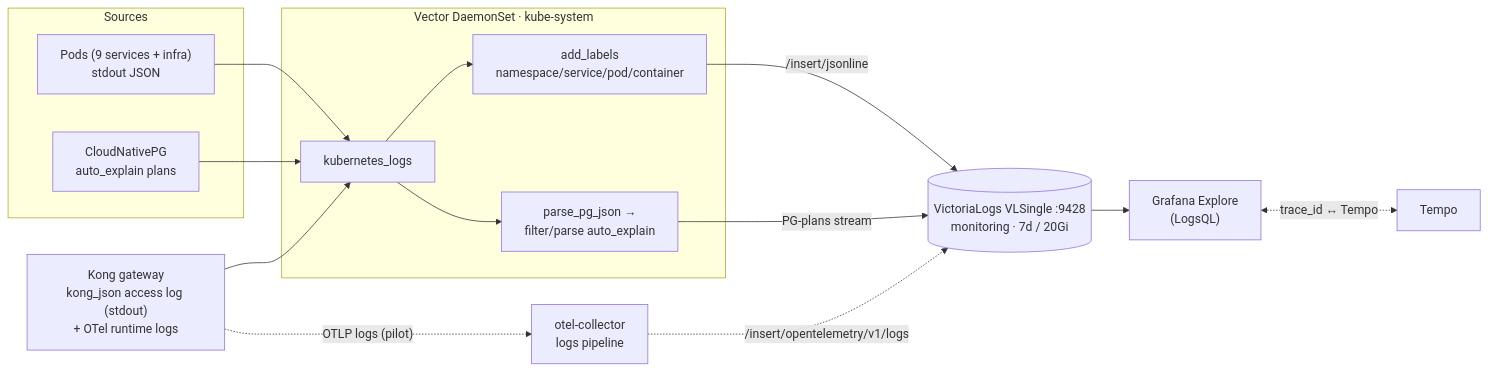
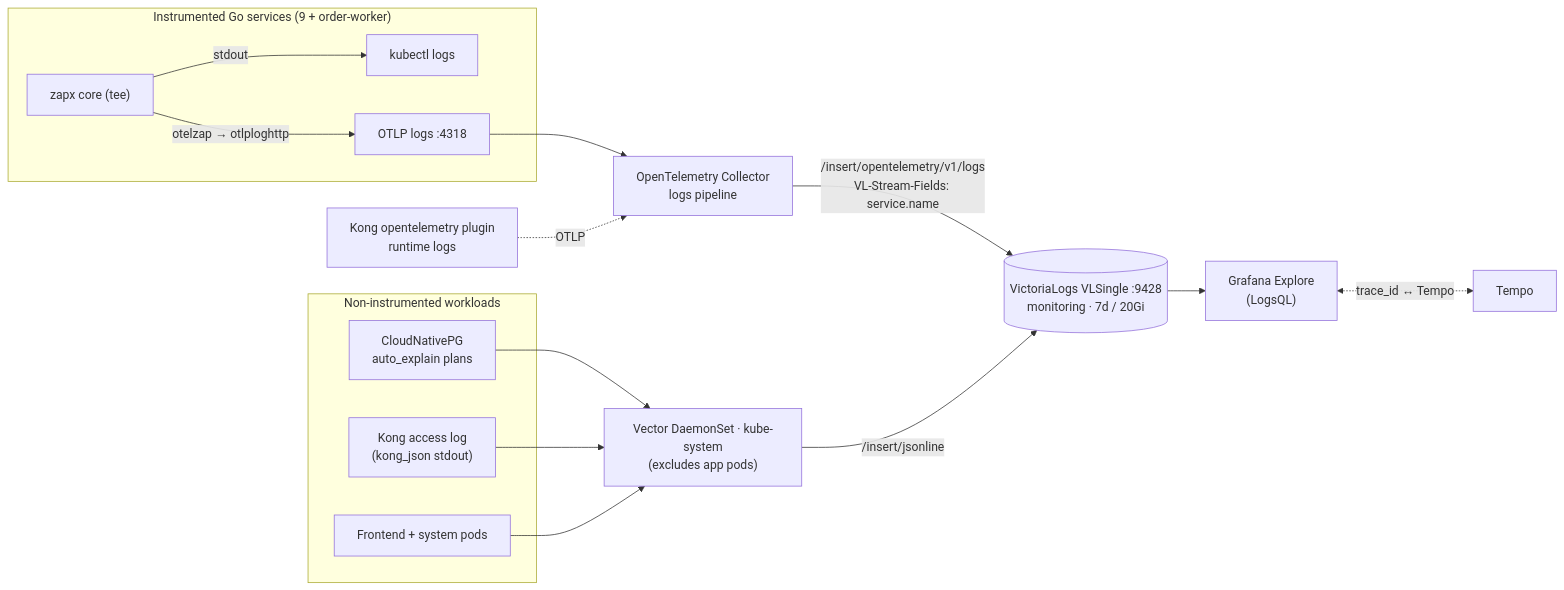
Before and after one commit to duynhlab/homelab: the diagram in docs/observability/logging/README.md, drawn with Mermaid. The commit also changed other lines of this file and 5 other files, not shown here.

````diff
--- a/docs/observability/logging/README.md
+++ b/docs/observability/logging/README.md
@@ -39,24 +56,22 @@
 ```mermaid
 flowchart LR
-    subgraph sources["Sources"]
-        Pods["Pods (9 services + infra)<br/>stdout JSON"]
+    subgraph apps["Instrumented Go services (9 + order-worker)"]
+        Z["zapx core (tee)"]
+        Z -->|stdout| KLOGS["kubectl logs"]
+        Z -->|"otelzap → otlploghttp"| OTLP
+    end
+    subgraph infra["Non-instrumented workloads"]
         CNPG["CloudNativePG<br/>auto_explain plans"]
+        KONG["Kong access log<br/>(kong_json stdout)"]
+        FE["Frontend + system pods"]
     end
-    subgraph vector["Vector DaemonSet · kube-system"]
-        KL["kubernetes_logs"]
-        AL["add_labels<br/>namespace/service/pod/container"]
-        PG["parse_pg_json →<br/>filter/parse auto_explain"]
-    end
-    KONG["Kong gateway<br/>kong_json access log (stdout)<br/>+ OTel runtime logs"]
-    Pods --> KL
-    CNPG --> KL
-    KONG --> KL
-    KL --> AL
-    KL --> PG
-    AL -->|"/insert/jsonline"| VL[("VictoriaLogs VLSingle :9428<br/>monitoring · 7d / 20Gi")]
-    PG -->|"PG-plans stream"| VL
-    KONG -.->|"OTLP logs (pilot)"| COL["otel-collector<br/>logs pipeline"]
-    COL -.->|"/insert/opentelemetry/v1/logs"| VL
+    OTLP["OTLP logs :4318"] --> COL["OpenTelemetry Collector<br/>logs pipeline"]
+    CNPG --> VEC["Vector DaemonSet · kube-system<br/>(excludes app pods)"]
+    KONG --> VEC
+    FE --> VEC
+    KONGRT["Kong opentelemetry plugin<br/>runtime logs"] -.->|OTLP| COL
+    COL -->|"/insert/opentelemetry/v1/logs<br/>VL-Stream-Fields: service.name"| VL[("VictoriaLogs VLSingle :9428<br/>monitoring · 7d / 20Gi")]
+    VEC -->|"/insert/jsonline"| VL
     VL --> GRAF["Grafana Explore<br/>(LogsQL)"]
     GRAF <-. "trace_id ↔ Tempo" .-> TEMPO["Tempo"]
 ```
````
